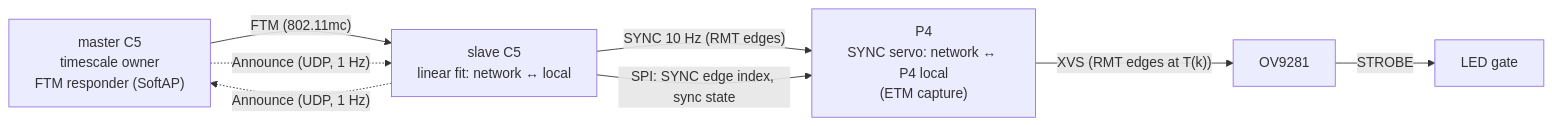
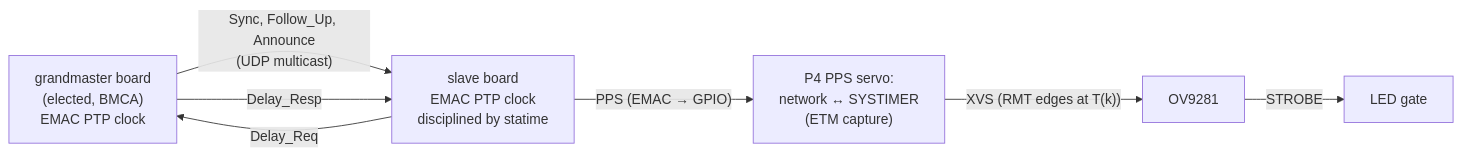
The diagram in docs/timing.md (azais-corentin/espion), drawn with Mermaid before and after one commit. The commit also changed other lines of this file and 50 other files, not shown here.

````diff
--- a/docs/timing.md
+++ b/docs/timing.md
@@ -6,10 +6,9 @@
 ```mermaid
 flowchart LR
-  MC5["master C5<br/>timescale owner<br/>FTM responder (SoftAP)"] -- "FTM (802.11mc)" --> SC5["slave C5<br/>linear fit: network ↔ local"]
-  MC5 -. "Announce (UDP, 1 Hz)" .-> SC5
-  SC5 -. "Announce (UDP, 1 Hz)" .-> MC5
-  SC5 -- "SYNC 10 Hz (RMT edges)" --> P4["P4<br/>SYNC servo: network ↔ P4 local<br/>(ETM capture)"]
-  SC5 -- "SPI: SYNC edge index, sync state" --> P4
-  P4 -- "XVS (RMT edges at T(k))" --> S[OV9281]
+  GM["grandmaster board<br/>(elected, BMCA)<br/>EMAC PTP clock"] -- "Sync, Follow_Up, Announce<br/>(UDP multicast)" --> SL["slave board<br/>EMAC PTP clock<br/>disciplined by statime"]
+  SL -- "Delay_Req" --> GM
+  GM -- "Delay_Resp" --> SL
+  SL -- "PPS (EMAC → GPIO)" --> SV["P4 PPS servo:<br/>network ↔ SYSTIMER<br/>(ETM capture)"]
+  SV -- "XVS (RMT edges at T(k))" --> S[OV9281]
   S -- STROBE --> LED[LED gate]
 ```
````
